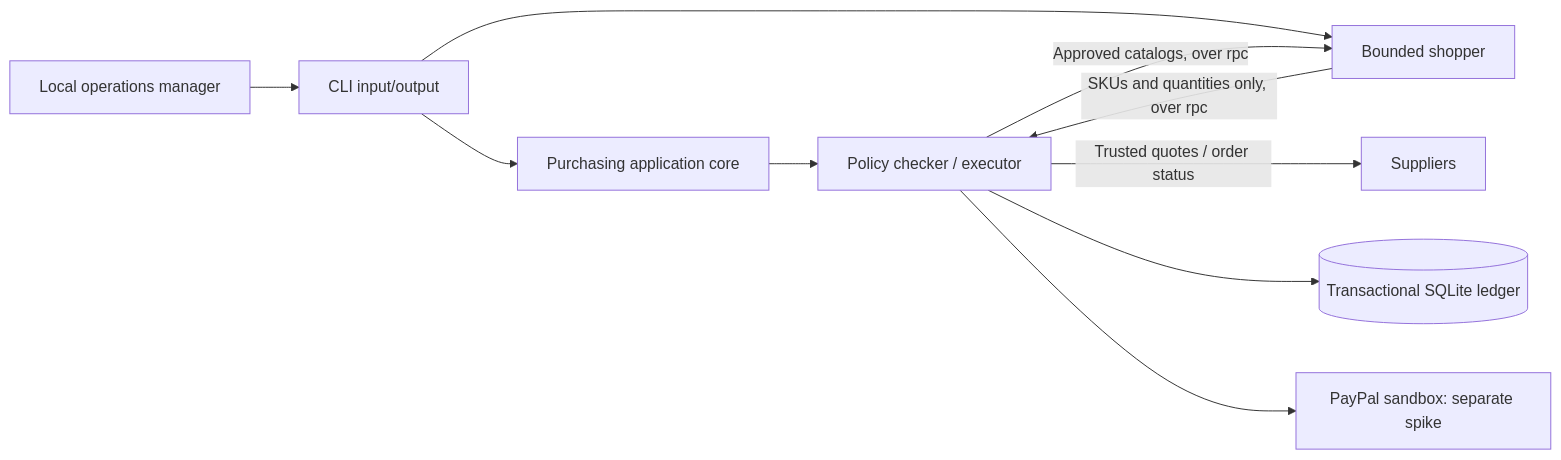
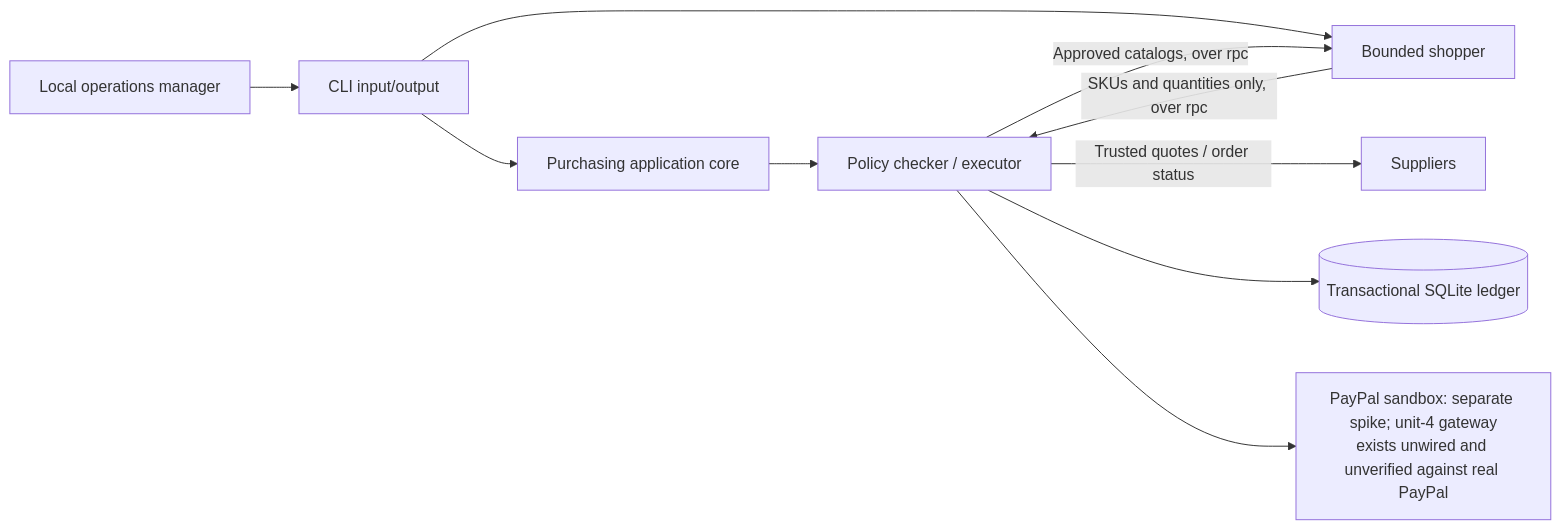
The first of 2 diagrams in docs/architecture.md (pranavpillaiNUS/Purse-Strings), drawn with Mermaid before and after one commit. The commit also changed other lines of this file and 8 other files, not shown here.

````diff
--- a/docs/architecture.md
+++ b/docs/architecture.md
@@ -5,12 +5,12 @@
 ```mermaid
 flowchart LR
   Human[Local operations manager] --> CLI[CLI input/output]
   CLI --> Core[Purchasing application core]
   Core --> Checker
   CLI --> Agent[Bounded shopper]
   Agent -->|SKUs and quantities only, over rpc| Checker[Policy checker / executor]
   Checker -->|Approved catalogs, over rpc| Agent
   Checker -->|Trusted quotes / order status| Suppliers
   Checker --> Ledger[(Transactional SQLite ledger)]
-  Checker --> PayPal[PayPal sandbox: separate spike]
+  Checker --> PayPal[PayPal sandbox: separate spike; unit-4 gateway<br/>exists unwired and unverified against real PayPal]
 ```
````
